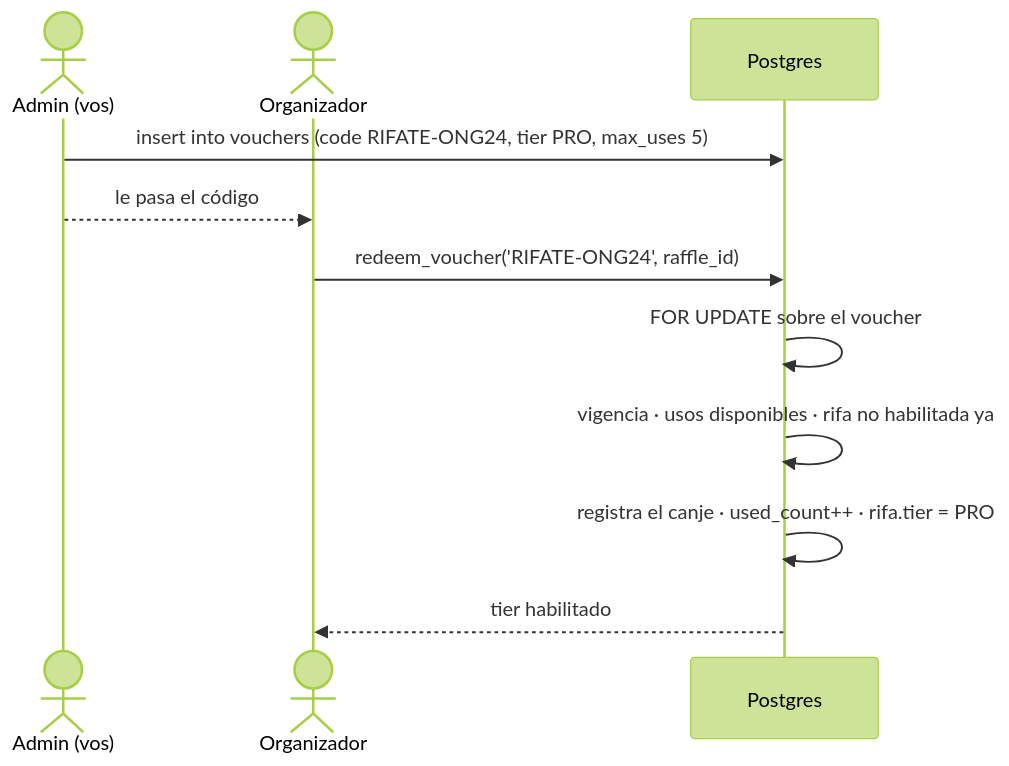
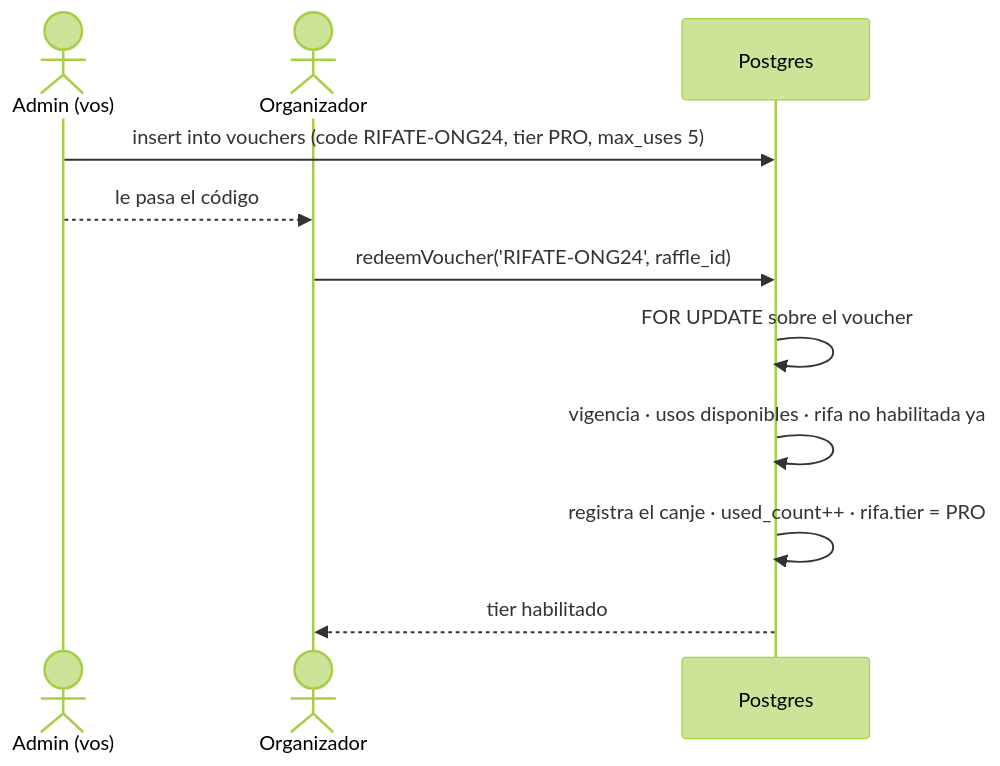
One commit to mauroviveros/rifate.app changed the fifth of 5 diagrams in docs/05-flujos.md. Above: the diagram before and after it, drawn with Mermaid (forest theme). The commit also changed other lines of this file and 5 other files, not shown here.

Commit message:
docs: :memo: rewrite architecture and align every doc with the final stack

````diff
--- a/docs/05-flujos.md
+++ b/docs/05-flujos.md
@@ -180,15 +196,15 @@
 ```mermaid
 sequenceDiagram
     actor A as Admin (vos)
     actor O as Organizador
     participant DB as Postgres
 
     A->>DB: insert into vouchers (code RIFATE-ONG24, tier PRO, max_uses 5)
     A-->>O: le pasa el código
 
-    O->>DB: redeem_voucher('RIFATE-ONG24', raffle_id)
+    O->>DB: redeemVoucher('RIFATE-ONG24', raffle_id)
     DB->>DB: FOR UPDATE sobre el voucher
     DB->>DB: vigencia · usos disponibles · rifa no habilitada ya
     DB->>DB: registra el canje · used_count++ · rifa.tier = PRO
     DB-->>O: tier habilitado
 ```
````
